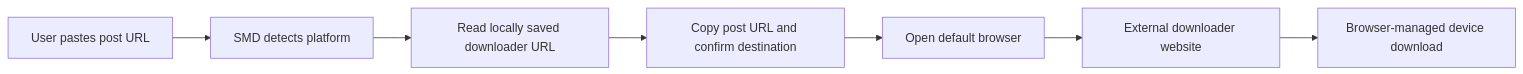
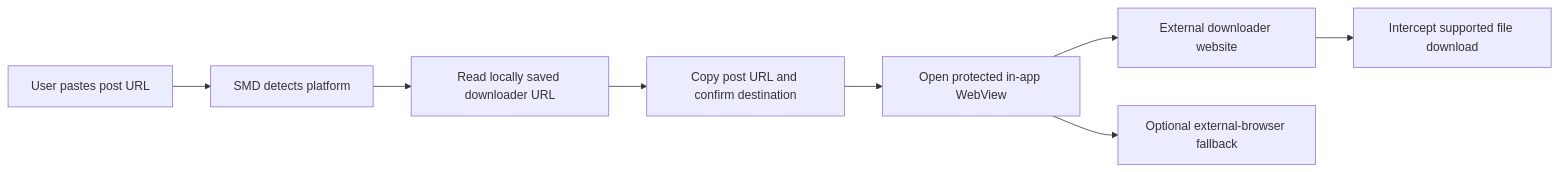
Before and after one commit to wllun/SMD-SocialMediaDownloader: the diagram in README.md, drawn with Mermaid. The commit also changed other lines of this file and 25 other files, not shown here.

Commit message:
use-webview-instead-of-open-browser

```diff
--- a/README.md
+++ b/README.md
@@ -46,9 +46,10 @@
 ~~~mermaid
 flowchart LR
     U["User pastes post URL"] --> A["SMD detects platform"]
     A --> S["Read locally saved downloader URL"]
     S --> C["Copy post URL and confirm destination"]
-    C --> B["Open default browser"]
-    B --> W["External downloader website"]
-    W --> D["Browser-managed device download"]
+    C --> V["Open protected in-app WebView"]
+    V --> W["External downloader website"]
+    W --> D["Intercept supported file download"]
+    V --> B["Optional external-browser fallback"]
 ~~~
```
